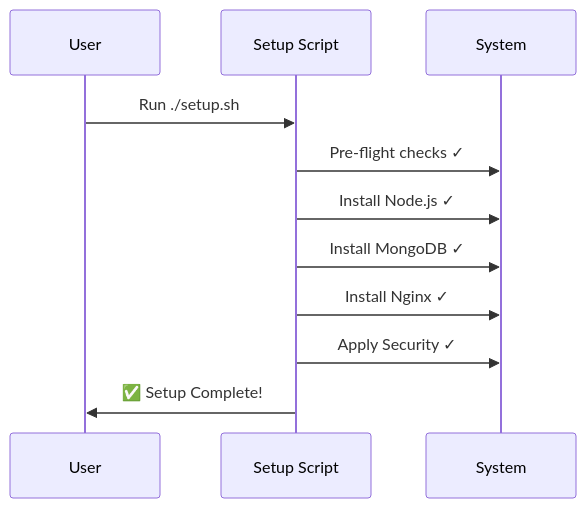
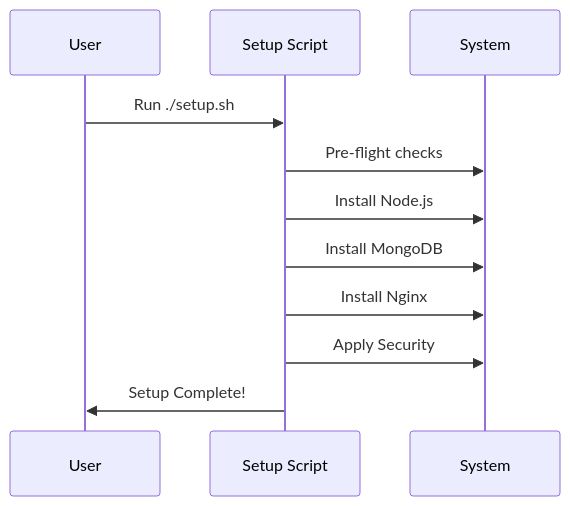
One commit to naveed-gung/Auto-Server-Script changed the third of 7 diagrams in README.md. Above: the diagram before and after it, drawn with Mermaid. The commit also changed other lines of this file and 1 other file, not shown here.

````diff
--- a/README.md
+++ b/README.md
@@ -361,14 +359,14 @@
 ```mermaid
 sequenceDiagram
-    participant U as User
-    participant S as Setup Script
-    participant SYS as System
-    
-    U->>S: Run ./setup.sh
-    S->>SYS: Pre-flight checks ✓
-    S->>SYS: Install Node.js ✓
-    S->>SYS: Install MongoDB ✓
-    S->>SYS: Install Nginx ✓
-    S->>SYS: Apply Security ✓
-    S->>U: ✅ Setup Complete!
+participant U as User
+participant S as Setup Script
+participant SYS as System
+
+U->>S: Run ./setup.sh
+S->>SYS: Pre-flight checks 
+S->>SYS: Install Node.js 
+S->>SYS: Install MongoDB 
+S->>SYS: Install Nginx 
+S->>SYS: Apply Security 
+S->>U: Setup Complete!
 ```
````
